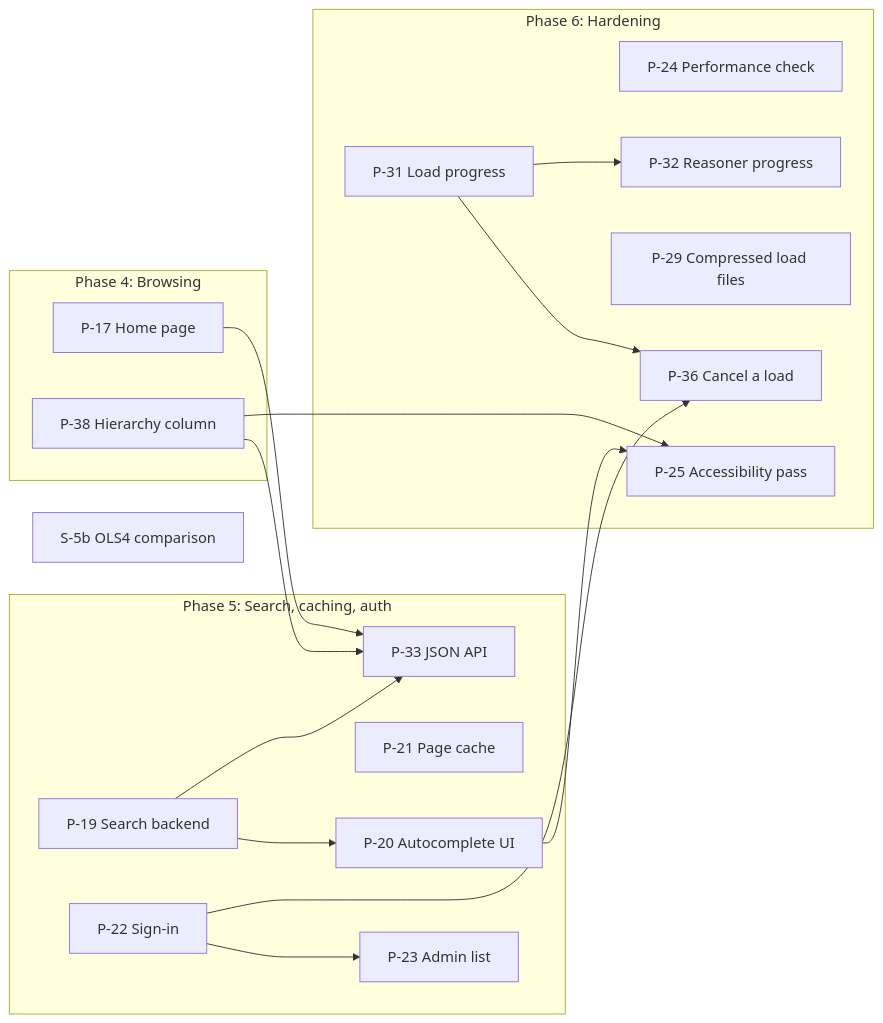
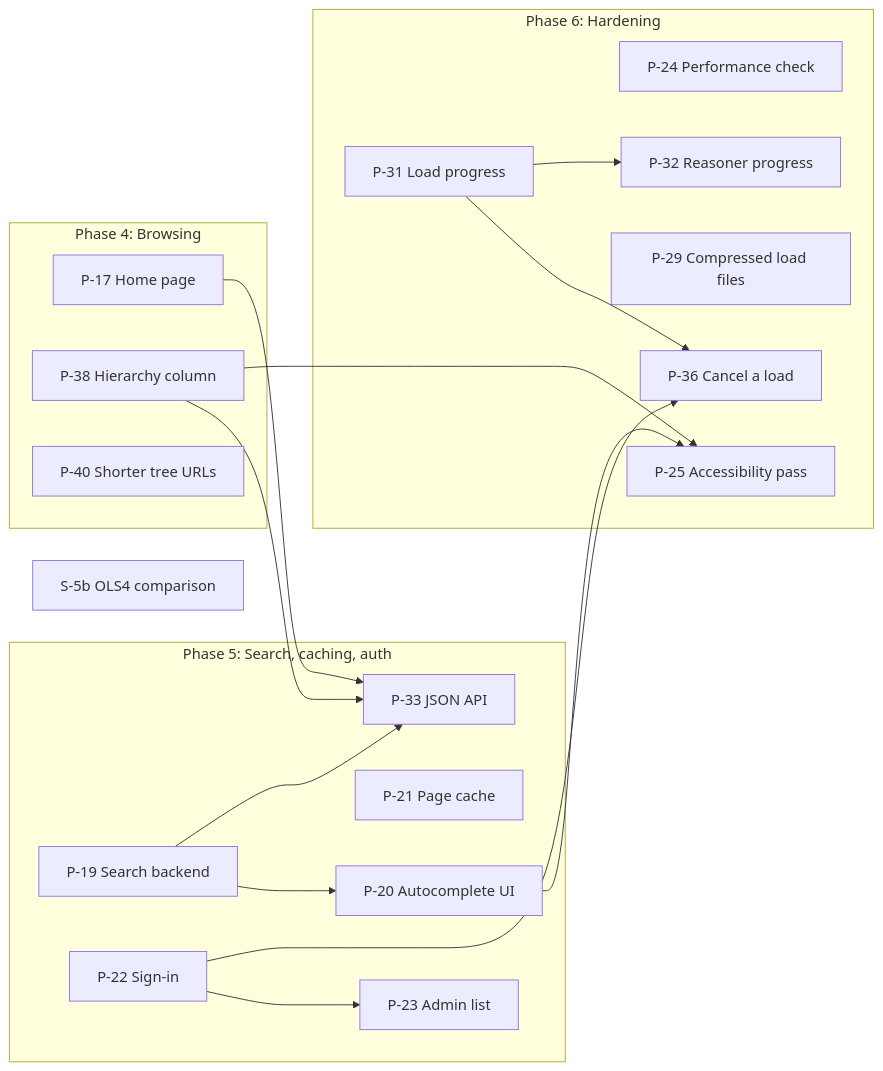
One commit to jclerman/browl changed the diagram in docs/DESIGN.md. Above: the diagram before and after it, drawn with Mermaid. The commit also changed other lines of this file, not shown here.

Commit message:
Design: P-40, shorter tree URLs by CURIE, as a follow-up

````diff
--- a/docs/DESIGN.md
+++ b/docs/DESIGN.md
@@ -1659,31 +1659,32 @@
 ```mermaid
 flowchart LR
     subgraph P4["Phase 4: Browsing"]
         P17["P-17 Home page"]
         P38["P-38 Hierarchy column"]
+        P40["P-40 Shorter tree URLs"]
     end
     subgraph P5["Phase 5: Search, caching, auth"]
         P19["P-19 Search backend"]
         P20["P-20 Autocomplete UI"]
         P21["P-21 Page cache"]
         P22["P-22 Sign-in"]
         P23["P-23 Admin list"]
         P33["P-33 JSON API"]
     end
     subgraph P6["Phase 6: Hardening"]
         P24["P-24 Performance check"]
         P25["P-25 Accessibility pass"]
         P29["P-29 Compressed load files"]
         P31["P-31 Load progress"]
         P32["P-32 Reasoner progress"]
         P36["P-36 Cancel a load"]
     end
     S5b["S-5b OLS4 comparison"]
 
     P19 --> P20
     P17 & P19 & P38 --> P33
     P20 & P38 --> P25
     P22 --> P23
     P22 & P31 --> P36
     P31 --> P32
 ```
````
